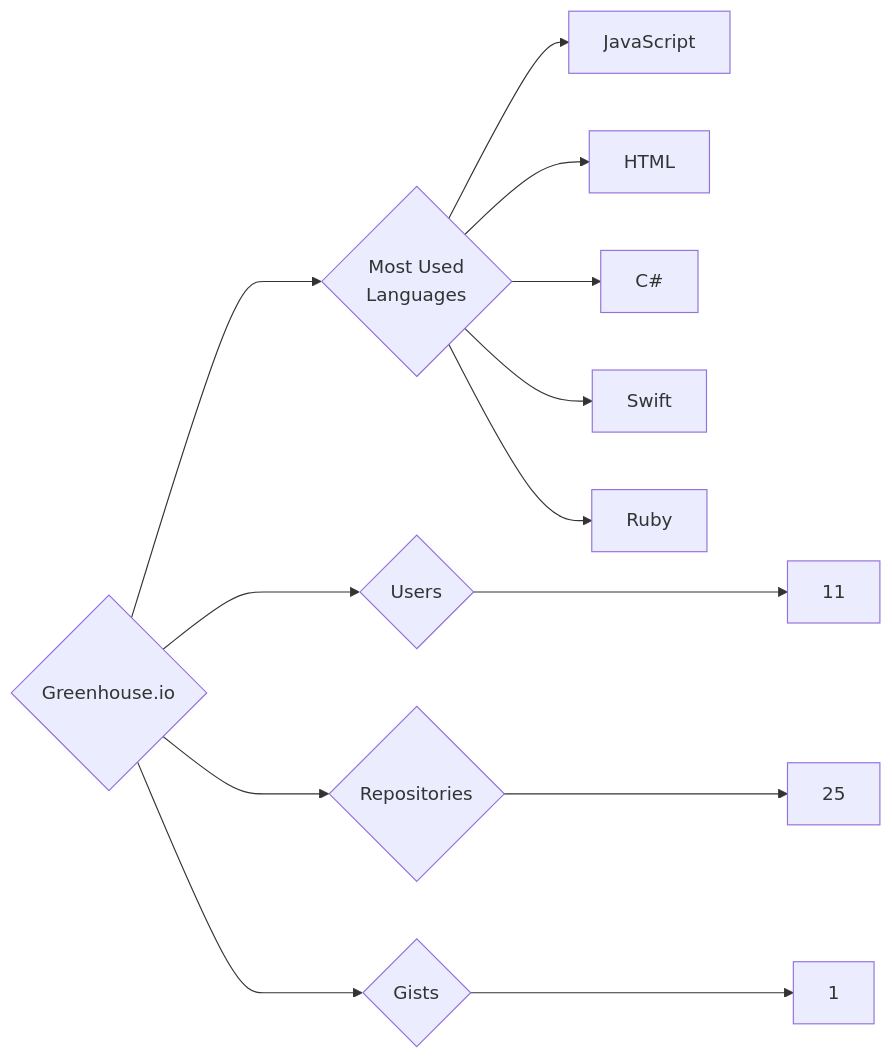
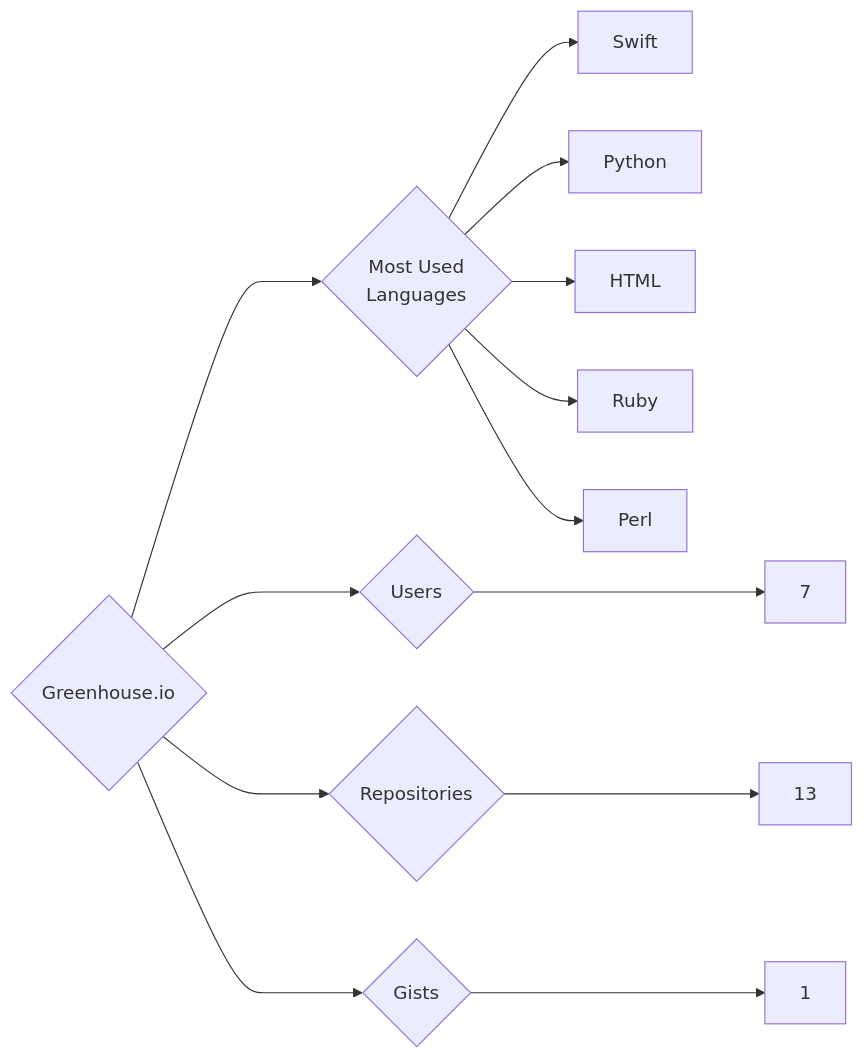
Before and after one commit to trickest/insiders: the diagram in targets/Greenhouse.io/README.md, drawn with Mermaid. The commit also changed 1123 other files, not shown here.

````diff
--- a/targets/Greenhouse.io/README.md
+++ b/targets/Greenhouse.io/README.md
@@ -3,13 +3,13 @@
 ```mermaid
 graph LR
 COMPANY_NAME{Greenhouse.io}
-COMPANY_NAME ---> U{Users} ---> UN[11]
-COMPANY_NAME ---> R{Repositories} ---> RN[25]
+COMPANY_NAME ---> U{Users} ---> UN[7]
+COMPANY_NAME ---> R{Repositories} ---> RN[13]
 COMPANY_NAME ---> G{Gists} ---> GN[1]
 COMPANY_NAME ---> ML{Most Used<br>Languages}
-ML --> JavaScript[JavaScript]
+ML --> Swift[Swift]
+ML --> Python[Python]
 ML --> HTML[HTML]
-ML --> C#[C#]
-ML --> Swift[Swift]
 ML --> Ruby[Ruby]
+ML --> Perl[Perl]
 ```
````
